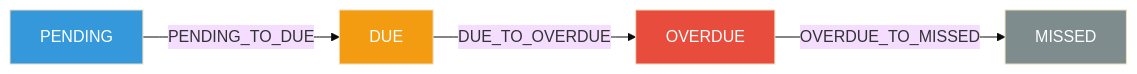
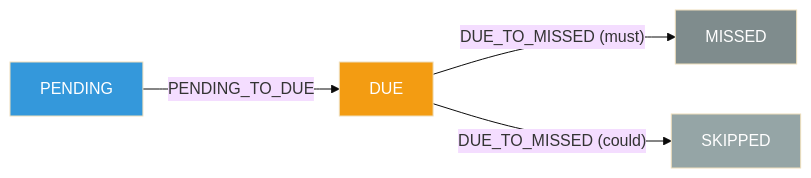
Before and after one commit to Jayaprakash8887/cce-compliance-service: the second of 3 diagrams in docs/kafka-events.md, drawn with Mermaid (base theme). The commit also changed other lines of this file and 17 other files, not shown here.

````diff
--- a/docs/kafka-events.md
+++ b/docs/kafka-events.md
@@ -280,11 +280,11 @@
 ```mermaid
 graph LR
     P["PENDING"] -->|"PENDING_TO_DUE"| D["DUE"]
-    D -->|"DUE_TO_OVERDUE"| O["OVERDUE"]
-    O -->|"OVERDUE_TO_MISSED"| M["MISSED"]
+    D -->|"DUE_TO_MISSED (must)"| M["MISSED"]
+    D -->|"DUE_TO_MISSED (could)"| S["SKIPPED"]
 
     style P fill:#3498DB,color:white
     style D fill:#F39C12,color:white
-    style O fill:#E74C3C,color:white
     style M fill:#7F8C8D,color:white
+    style S fill:#95A5A6,color:white
 ```
````
